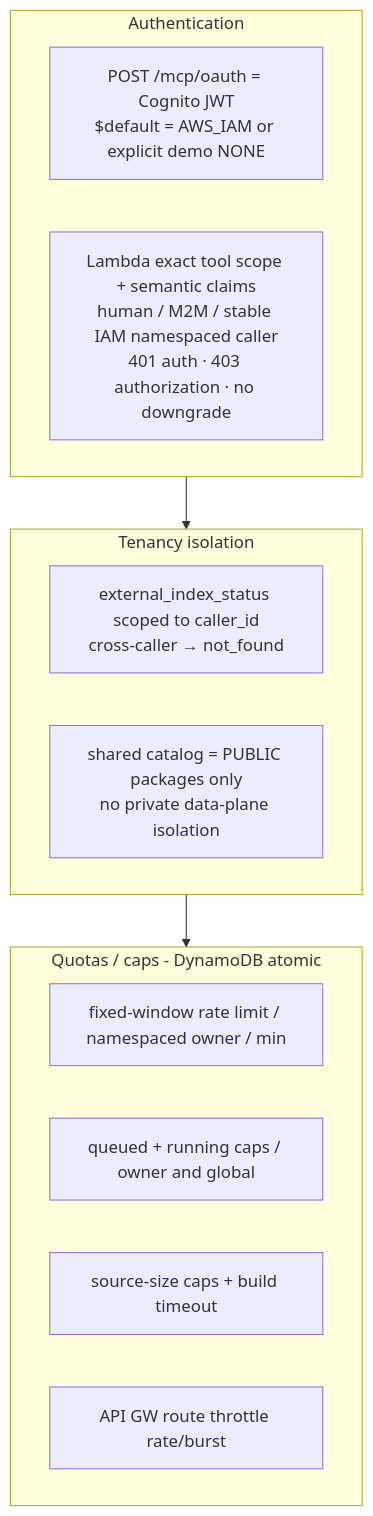
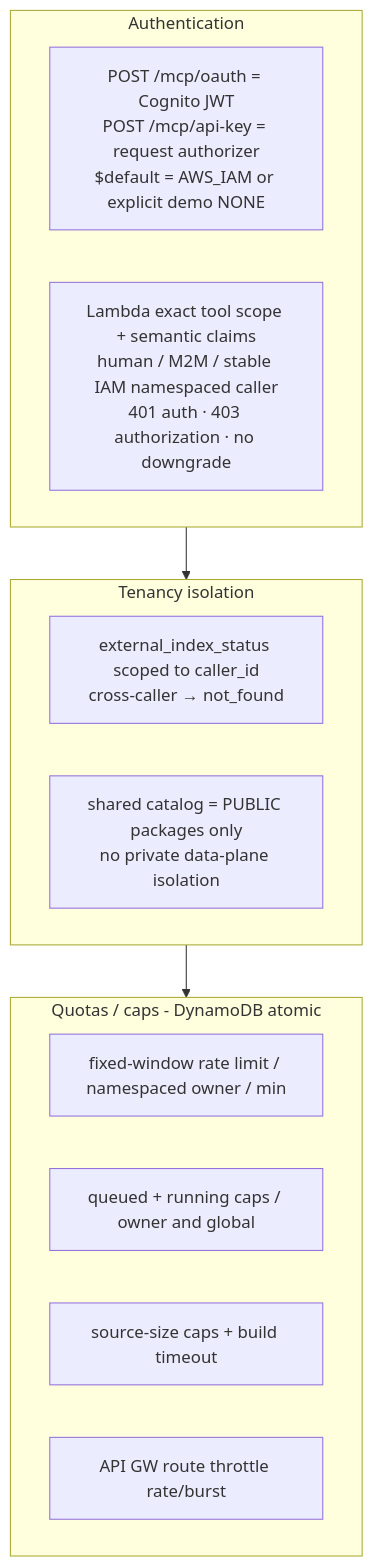
One commit to getspur/spur changed the fifth of 6 diagrams in crates/spur-context-service/docs/ARCHITECTURE.md. Above: the diagram before and after it, drawn with Mermaid. The commit also changed other lines of this file and 23 other files, not shown here.

Commit message:
test(spur-context-service): F harden API key POC

````diff
--- a/crates/spur-context-service/docs/ARCHITECTURE.md
+++ b/crates/spur-context-service/docs/ARCHITECTURE.md
@@ -187,18 +187,18 @@
 ```mermaid
 flowchart TD
     subgraph A[Authentication]
-      a1[POST /mcp/oauth = Cognito JWT<br/>$default = AWS_IAM or explicit demo NONE]
+      a1[POST /mcp/oauth = Cognito JWT<br/>POST /mcp/api-key = request authorizer<br/>$default = AWS_IAM or explicit demo NONE]
       a2[Lambda exact tool scope + semantic claims<br/>human / M2M / stable IAM namespaced caller<br/>401 auth · 403 authorization · no downgrade]
     end
     subgraph T[Tenancy isolation]
       t1[external_index_status scoped to caller_id<br/>cross-caller → not_found]
       t2[shared catalog = PUBLIC packages only<br/>no private data-plane isolation]
     end
     subgraph Q[Quotas / caps - DynamoDB atomic]
       q1[fixed-window rate limit / namespaced owner / min]
       q2[queued + running caps / owner and global]
       q3[source-size caps + build timeout]
       q4[API GW route throttle rate/burst]
     end
     A --> T --> Q
 ```
````
